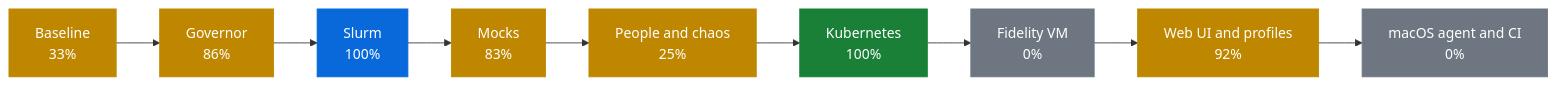
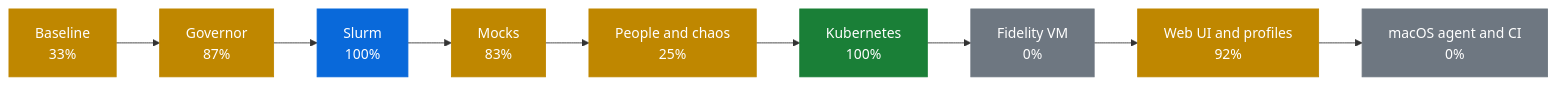
Before and after one commit to AhmedYousriSobhi/workbench: the first of 2 diagrams in docs/PROGRESS.md, drawn with Mermaid. The commit also changed other lines of this file and 12 other files, not shown here.

````diff
--- a/docs/PROGRESS.md
+++ b/docs/PROGRESS.md
@@ -10,17 +10,17 @@
 ```mermaid
 flowchart LR
     p0["Baseline<br/>33%"]:::partial
-    p1["Governor<br/>86%"]:::partial
+    p1["Governor<br/>87%"]:::partial
     p2["Slurm<br/>100%"]:::review
     p3["Mocks<br/>83%"]:::partial
     p4["People and chaos<br/>25%"]:::partial
     p5["Kubernetes<br/>100%"]:::done
     p6["Fidelity VM<br/>0%"]:::todo
     p7["Web UI and profiles<br/>92%"]:::partial
     p8["macOS agent and CI<br/>0%"]:::todo
     p0 --> p1 --> p2 --> p3 --> p4 --> p5 --> p6 --> p7 --> p8
     classDef done fill:#1a7f37,stroke:#1a7f37,color:#fff
     classDef review fill:#0969da,stroke:#0969da,color:#fff
     classDef partial fill:#bf8700,stroke:#bf8700,color:#fff
     classDef todo fill:#6e7781,stroke:#6e7781,color:#fff
 ```
````
